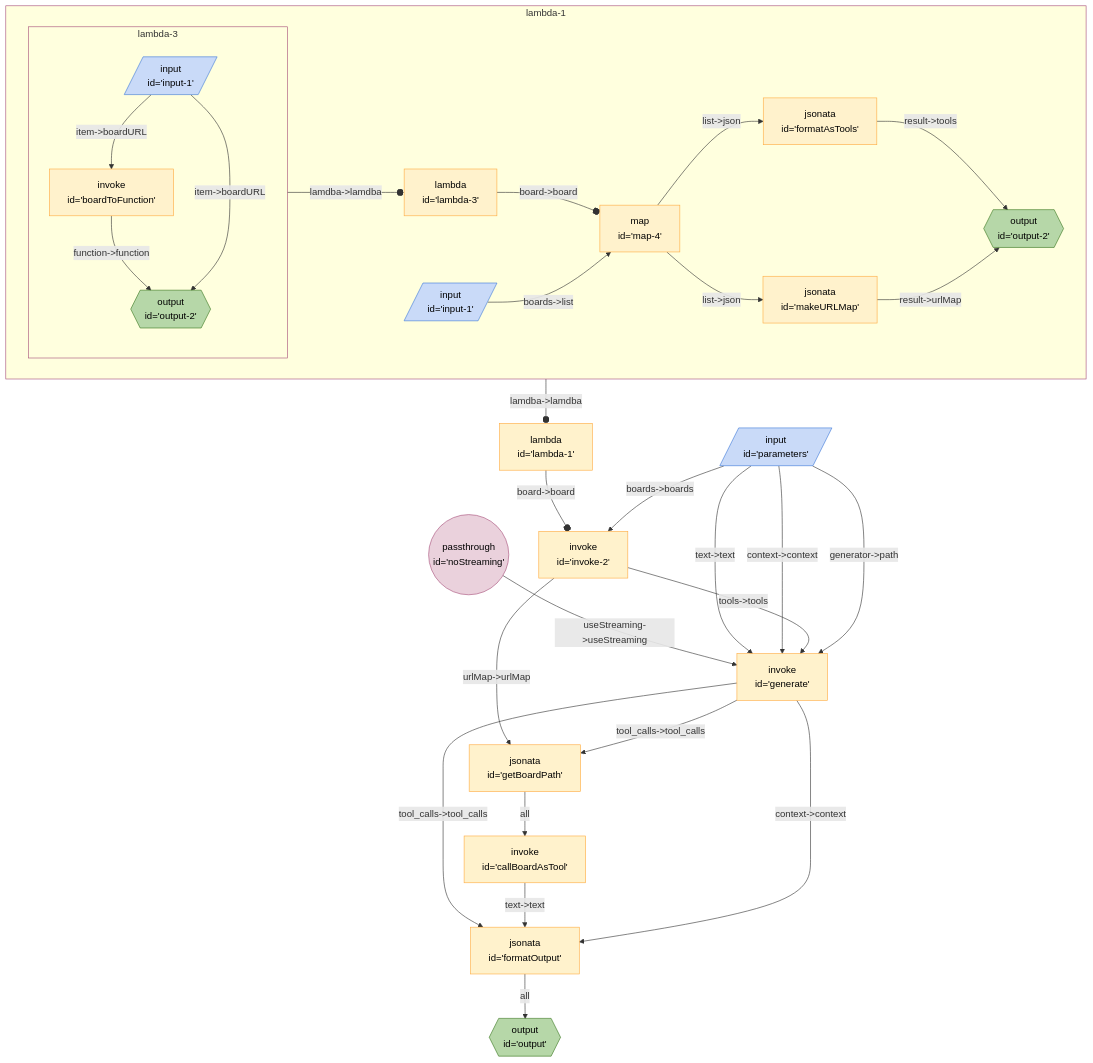
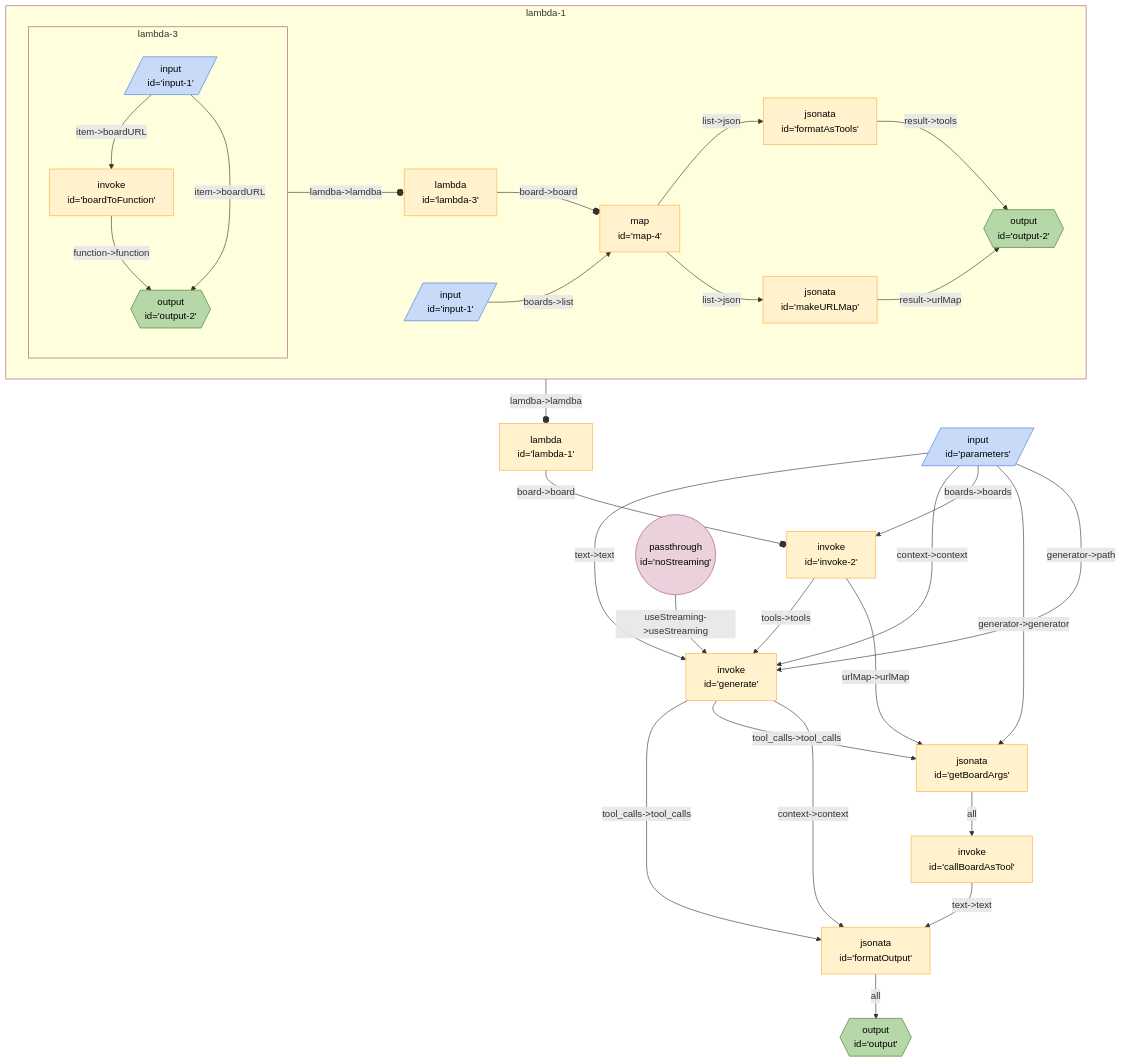
The diagram in seeds/breadboard-web/docs/graphs/board-caller.md (breadboard-ai/breadboard), drawn with Mermaid before and after one commit. The commit also changed 3 other files, not shown here.

Commit message:
[breadboard-web] Teach Board Caller to pass generator to tool boards.

````diff
--- a/seeds/breadboard-web/docs/graphs/board-caller.md
+++ b/seeds/breadboard-web/docs/graphs/board-caller.md
@@ -3,43 +3,44 @@
 ```mermaid
 %%{init: 'themeVariables': { 'fontFamily': 'Fira Code, monospace' }}%%
 graph TD;
 lambda1["lambda <br> id='lambda-1'"] -- "board->board" --o invoke2["invoke <br> id='invoke-2'"]
 subgraph sg_lambda1 [lambda-1]
 lambda1_lambda3["lambda <br> id='lambda-3'"] -- "board->board" --o lambda1_map4["map <br> id='map-4'"]
 subgraph sg_lambda3 [lambda-3]
 lambda1_lambda3_boardToFunction["invoke <br> id='boardToFunction'"] -- "function->function" --> lambda1_lambda3_output2{{"output <br> id='output-2'"}}:::output
 lambda1_lambda3_input1[/"input <br> id='input-1'"/]:::input -- "item->boardURL" --> lambda1_lambda3_boardToFunction["invoke <br> id='boardToFunction'"]
 lambda1_lambda3_input1[/"input <br> id='input-1'"/]:::input -- "item->boardURL" --> lambda1_lambda3_output2{{"output <br> id='output-2'"}}:::output
 end
 sg_lambda3:::slotted -- "lamdba->lamdba" --o lambda1_lambda3
 
 lambda1_formatAsTools["jsonata <br> id='formatAsTools'"] -- "result->tools" --> lambda1_output2{{"output <br> id='output-2'"}}:::output
 lambda1_map4["map <br> id='map-4'"] -- "list->json" --> lambda1_formatAsTools["jsonata <br> id='formatAsTools'"]
 lambda1_makeURLMap["jsonata <br> id='makeURLMap'"] -- "result->urlMap" --> lambda1_output2{{"output <br> id='output-2'"}}:::output
 lambda1_map4["map <br> id='map-4'"] -- "list->json" --> lambda1_makeURLMap["jsonata <br> id='makeURLMap'"]
 lambda1_input1[/"input <br> id='input-1'"/]:::input -- "boards->list" --> lambda1_map4["map <br> id='map-4'"]
 end
 sg_lambda1:::slotted -- "lamdba->lamdba" --o lambda1
 
 noStreaming(("passthrough <br> id='noStreaming'")):::passthrough -- "useStreaming->useStreaming" --> generate["invoke <br> id='generate'"]
 generate["invoke <br> id='generate'"] -- "tool_calls->tool_calls" --> formatOutput["jsonata <br> id='formatOutput'"]
 parameters[/"input <br> id='parameters'"/]:::input -- "text->text" --> generate["invoke <br> id='generate'"]
 parameters[/"input <br> id='parameters'"/]:::input -- "context->context" --> generate["invoke <br> id='generate'"]
 invoke2["invoke <br> id='invoke-2'"] -- "tools->tools" --> generate["invoke <br> id='generate'"]
-invoke2["invoke <br> id='invoke-2'"] -- "urlMap->urlMap" --> getBoardPath["jsonata <br> id='getBoardPath'"]
+invoke2["invoke <br> id='invoke-2'"] -- "urlMap->urlMap" --> getBoardArgs["jsonata <br> id='getBoardArgs'"]
 parameters[/"input <br> id='parameters'"/]:::input -- "boards->boards" --> invoke2["invoke <br> id='invoke-2'"]
 formatOutput["jsonata <br> id='formatOutput'"] -- all --> output{{"output <br> id='output'"}}:::output
 callBoardAsTool["invoke <br> id='callBoardAsTool'"] -- "text->text" --> formatOutput["jsonata <br> id='formatOutput'"]
-getBoardPath["jsonata <br> id='getBoardPath'"] -- all --> callBoardAsTool["invoke <br> id='callBoardAsTool'"]
-generate["invoke <br> id='generate'"] -- "tool_calls->tool_calls" --> getBoardPath["jsonata <br> id='getBoardPath'"]
+getBoardArgs["jsonata <br> id='getBoardArgs'"] -- all --> callBoardAsTool["invoke <br> id='callBoardAsTool'"]
+parameters[/"input <br> id='parameters'"/]:::input -- "generator->generator" --> getBoardArgs["jsonata <br> id='getBoardArgs'"]
+generate["invoke <br> id='generate'"] -- "tool_calls->tool_calls" --> getBoardArgs["jsonata <br> id='getBoardArgs'"]
 generate["invoke <br> id='generate'"] -- "context->context" --> formatOutput["jsonata <br> id='formatOutput'"]
 parameters[/"input <br> id='parameters'"/]:::input -- "generator->path" --> generate["invoke <br> id='generate'"]
 classDef default stroke:#ffab40,fill:#fff2ccff,color:#000
 classDef input stroke:#3c78d8,fill:#c9daf8ff,color:#000
 classDef output stroke:#38761d,fill:#b6d7a8ff,color:#000
 classDef passthrough stroke:#a64d79,fill:#ead1dcff,color:#000
 classDef slot stroke:#a64d79,fill:#ead1dcff,color:#000
 classDef config stroke:#a64d79,fill:#ead1dcff,color:#000
 classDef secrets stroke:#db4437,fill:#f4cccc,color:#000
 classDef slotted stroke:#a64d79
 ```
````
